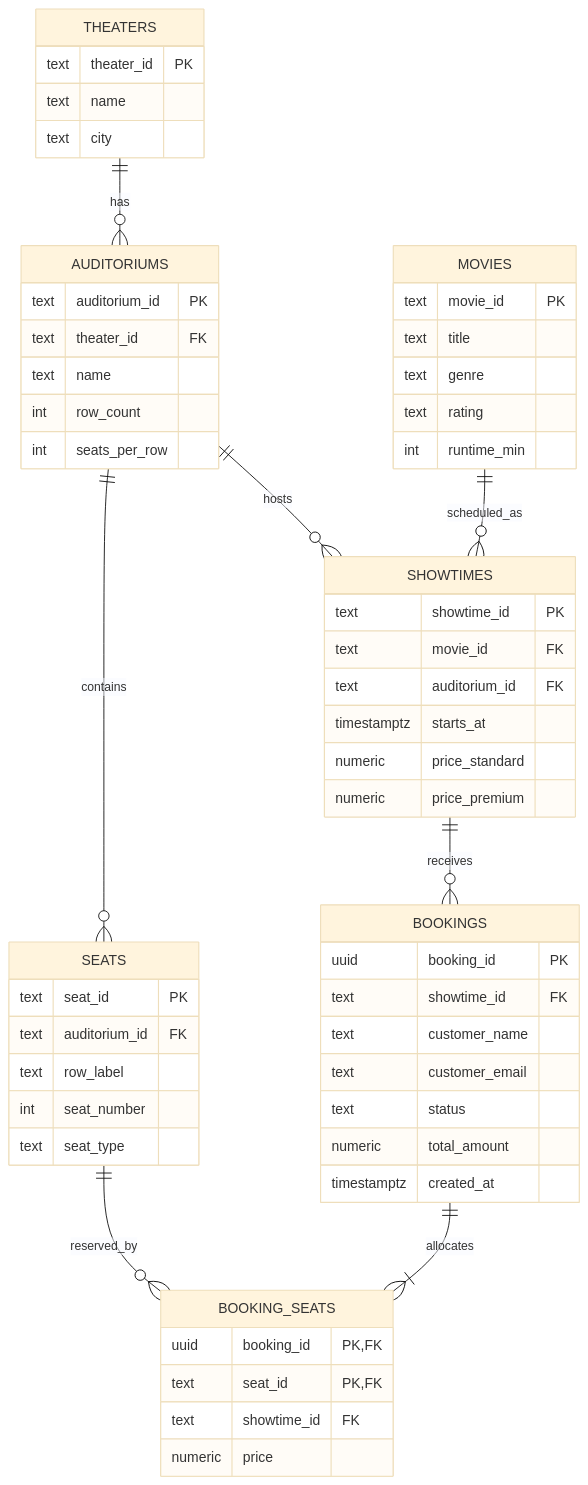
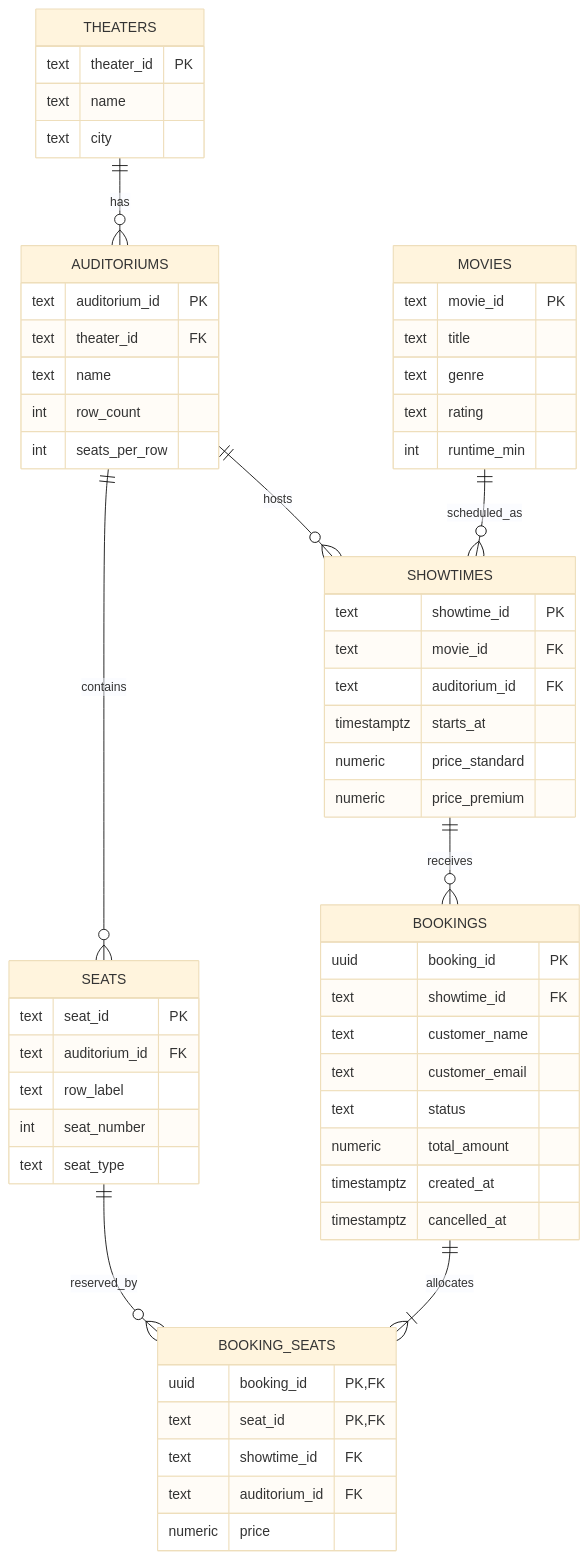
Before and after one commit to Escoto/DBX_RSA: the diagram in README.md, drawn with Mermaid (base theme). The commit also changed other lines of this file and 14 other files, not shown here.

````diff
--- a/README.md
+++ b/README.md
@@ -97,18 +97,18 @@
 ```mermaid
 erDiagram
     THEATERS ||--o{ AUDITORIUMS : has
     AUDITORIUMS ||--o{ SEATS : contains
     AUDITORIUMS ||--o{ SHOWTIMES : hosts
     MOVIES ||--o{ SHOWTIMES : scheduled_as
     SHOWTIMES ||--o{ BOOKINGS : receives
     BOOKINGS ||--|{ BOOKING_SEATS : allocates
     SEATS ||--o{ BOOKING_SEATS : reserved_by
 
     MOVIES { text movie_id PK  text title  text genre  text rating  int runtime_min }
     THEATERS { text theater_id PK  text name  text city }
     AUDITORIUMS { text auditorium_id PK  text theater_id FK  text name  int row_count  int seats_per_row }
     SEATS { text seat_id PK  text auditorium_id FK  text row_label  int seat_number  text seat_type }
     SHOWTIMES { text showtime_id PK  text movie_id FK  text auditorium_id FK  timestamptz starts_at  numeric price_standard  numeric price_premium }
-    BOOKINGS { uuid booking_id PK  text showtime_id FK  text customer_name  text customer_email  text status  numeric total_amount  timestamptz created_at }
-    BOOKING_SEATS { uuid booking_id PK,FK  text seat_id PK,FK  text showtime_id FK  numeric price }
+    BOOKINGS { uuid booking_id PK  text showtime_id FK  text customer_name  text customer_email  text status  numeric total_amount  timestamptz created_at  timestamptz cancelled_at }
+    BOOKING_SEATS { uuid booking_id PK,FK  text seat_id PK,FK  text showtime_id FK  text auditorium_id FK  numeric price }
 ```
````
